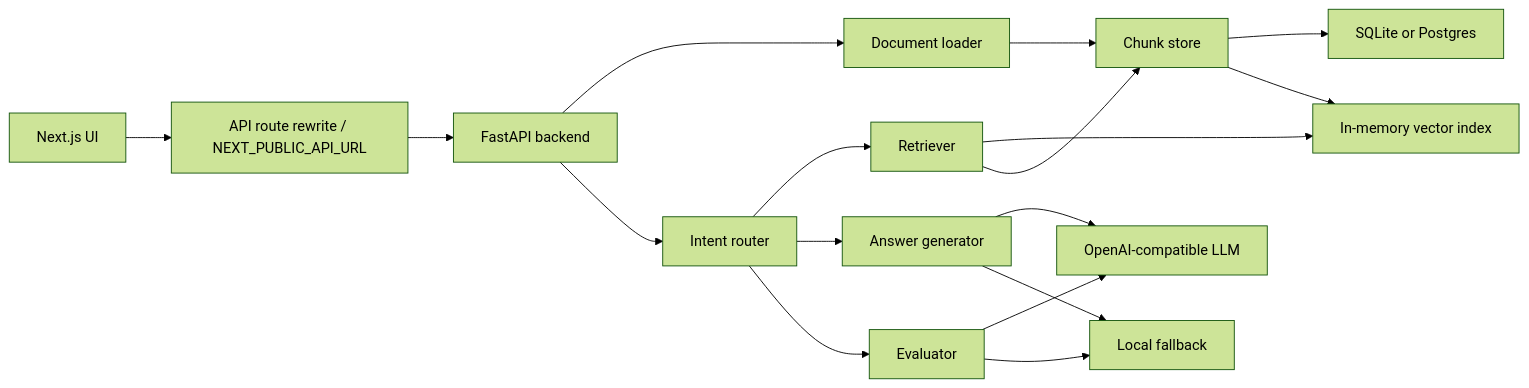
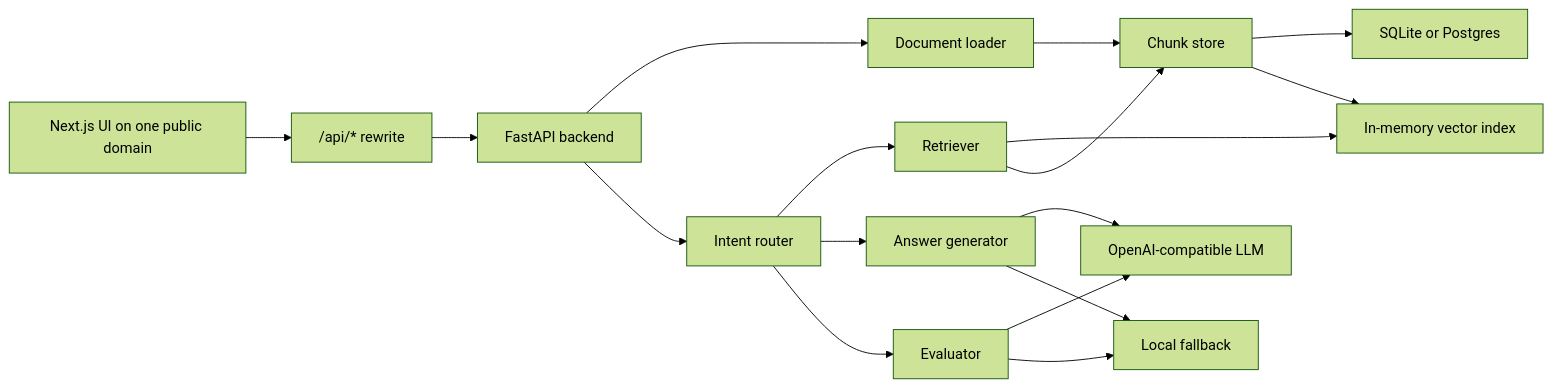
Before and after one commit to vivekvx/CiteMind: the diagram in README.md, drawn with Mermaid (forest theme). The commit also changed other lines of this file and 13 other files, not shown here.

````diff
--- a/README.md
+++ b/README.md
@@ -28,19 +30,19 @@
 ```mermaid
 flowchart LR
-    A["Next.js UI"] --> B["API route rewrite / NEXT_PUBLIC_API_URL"]
+    A["Next.js UI on one public domain"] --> B["/api/* rewrite"]
     B --> C["FastAPI backend"]
     C --> D["Document loader"]
     D --> E["Chunk store"]
     E --> F["SQLite or Postgres"]
     E --> G["In-memory vector index"]
     C --> H["Intent router"]
     H --> I["Retriever"]
     I --> G
     I --> E
     H --> J["Answer generator"]
     J --> K["OpenAI-compatible LLM"]
     J --> L["Local fallback"]
     H --> M["Evaluator"]
     M --> K
     M --> L
 ```
````
